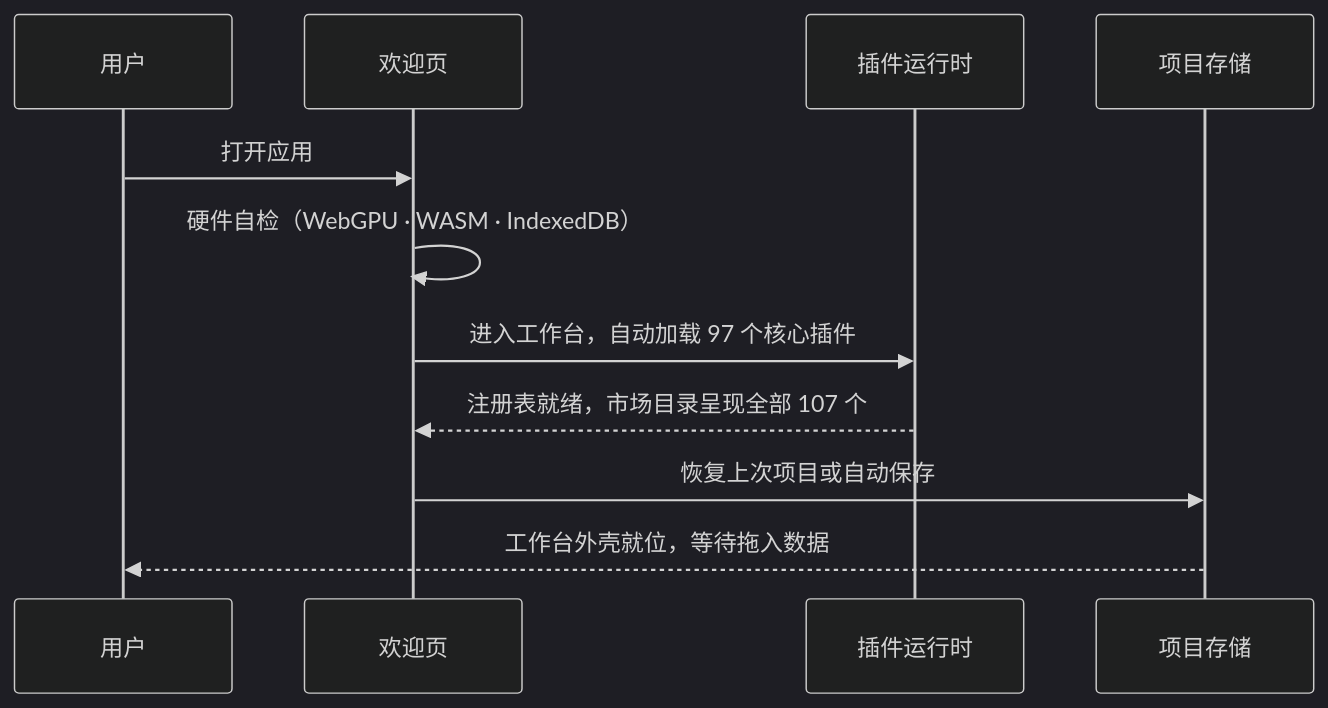
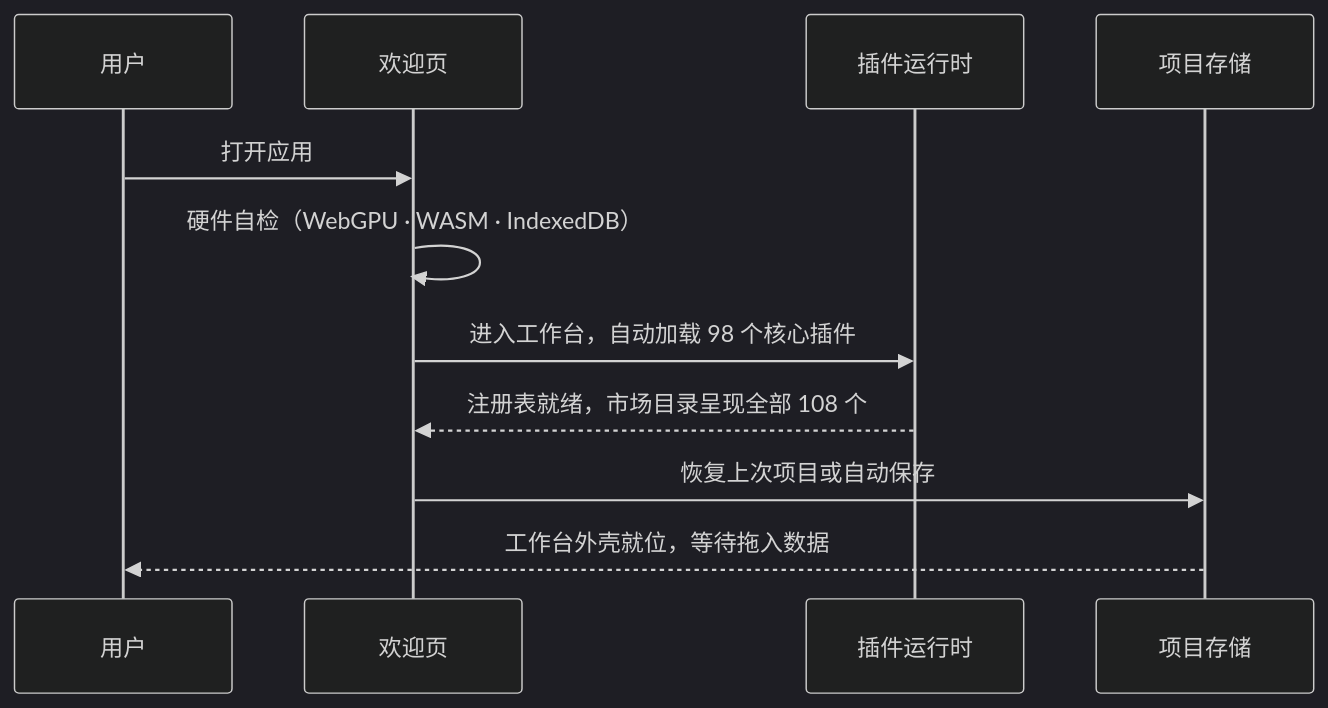
One commit to Miwafi/ErgalicsStudio changed the second of 3 diagrams in docs/technical/02-系统架构.md. Above: the diagram before and after it, drawn with Mermaid (dark theme). The commit also changed other lines of this file and 19 other files, not shown here.

````diff
--- a/docs/technical/02-系统架构.md
+++ b/docs/technical/02-系统架构.md
@@ -103,13 +103,13 @@
 ```mermaid
 sequenceDiagram
     participant U as 用户
     participant W as 欢迎页
     participant P as 插件运行时
     participant S as 项目存储
     U->>W: 打开应用
     W->>W: 硬件自检（WebGPU · WASM · IndexedDB）
-    W->>P: 进入工作台，自动加载 97 个核心插件
-    P-->>W: 注册表就绪，市场目录呈现全部 107 个
+    W->>P: 进入工作台，自动加载 98 个核心插件
+    P-->>W: 注册表就绪，市场目录呈现全部 108 个
     W->>S: 恢复上次项目或自动保存
     S-->>U: 工作台外壳就位，等待拖入数据
 ```
````
